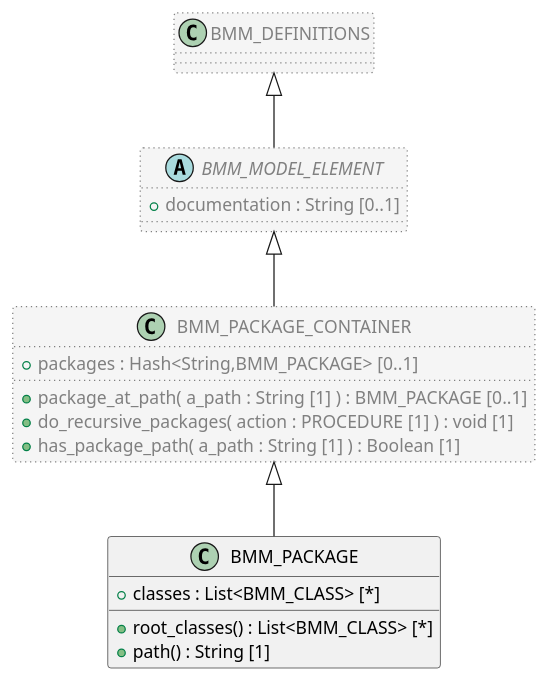
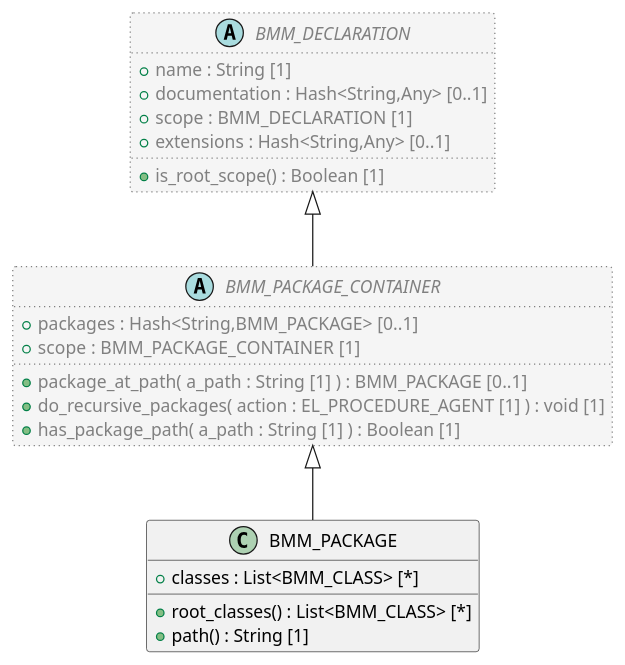
The diagram in code/Adoc/openehr_lang_1.0.0/plantUML/classes/org.openehr.lang.bmm.bmm_package.adoc (sebastian-iancu/code-generator), drawn with PlantUML before and after one commit. The commit also changed 719 other files, not shown here.

```diff
--- a/code/Adoc/openehr_lang_1.0.0/plantUML/classes/org.openehr.lang.bmm.bmm_package.adoc
+++ b/code/Adoc/openehr_lang_1.0.0/plantUML/classes/org.openehr.lang.bmm.bmm_package.adoc
@@ -1,33 +1,33 @@
 [plantuml,BMM_PACKAGE,format=svg,svg-type="inline"]
 -----
 @startuml
 
 class BMM_PACKAGE {
   + classes : List<BMM_CLASS> [*]
   + root_classes() : List<BMM_CLASS> [*]
   + path() : String [1]
 }
 
-class BMM_PACKAGE_CONTAINER  #whitesmoke;line:gray;line.dotted;text:gray {
+abstract class BMM_PACKAGE_CONTAINER  #whitesmoke;line:gray;line.dotted;text:gray {
   + packages : Hash<String,BMM_PACKAGE> [0..1]
+  + scope : BMM_PACKAGE_CONTAINER [1]
   + package_at_path( a_path : String [1] ) : BMM_PACKAGE [0..1]
-  + do_recursive_packages( action : PROCEDURE [1] ) : void [1]
+  + do_recursive_packages( action : EL_PROCEDURE_AGENT [1] ) : void [1]
   + has_package_path( a_path : String [1] ) : Boolean [1]
 }
 
-abstract class BMM_MODEL_ELEMENT  #whitesmoke;line:gray;line.dotted;text:gray {
-  + documentation : String [0..1]
+abstract class BMM_DECLARATION  #whitesmoke;line:gray;line.dotted;text:gray {
+  + name : String [1]
+  + documentation : Hash<String,Any> [0..1]
+  + scope : BMM_DECLARATION [1]
+  + extensions : Hash<String,Any> [0..1]
+  + is_root_scope() : Boolean [1]
 }
 
-class BMM_DEFINITIONS  #whitesmoke;line:gray;line.dotted;text:gray {
-}
-
-BMM_DEFINITIONS <|-- BMM_MODEL_ELEMENT
-
-BMM_MODEL_ELEMENT <|-- BMM_PACKAGE_CONTAINER
+BMM_DECLARATION <|-- BMM_PACKAGE_CONTAINER
 
 BMM_PACKAGE_CONTAINER <|-- BMM_PACKAGE
 
 
 @enduml
 -----
```
